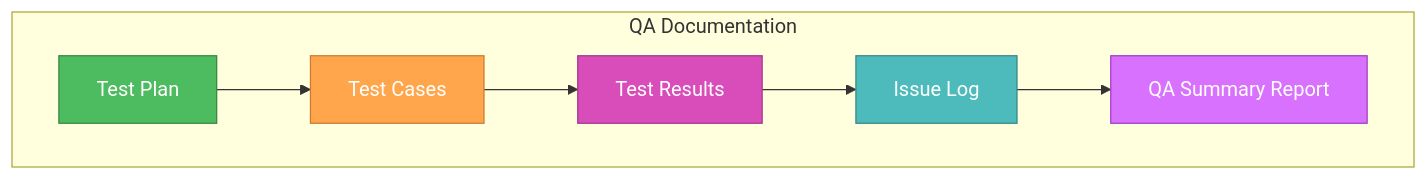
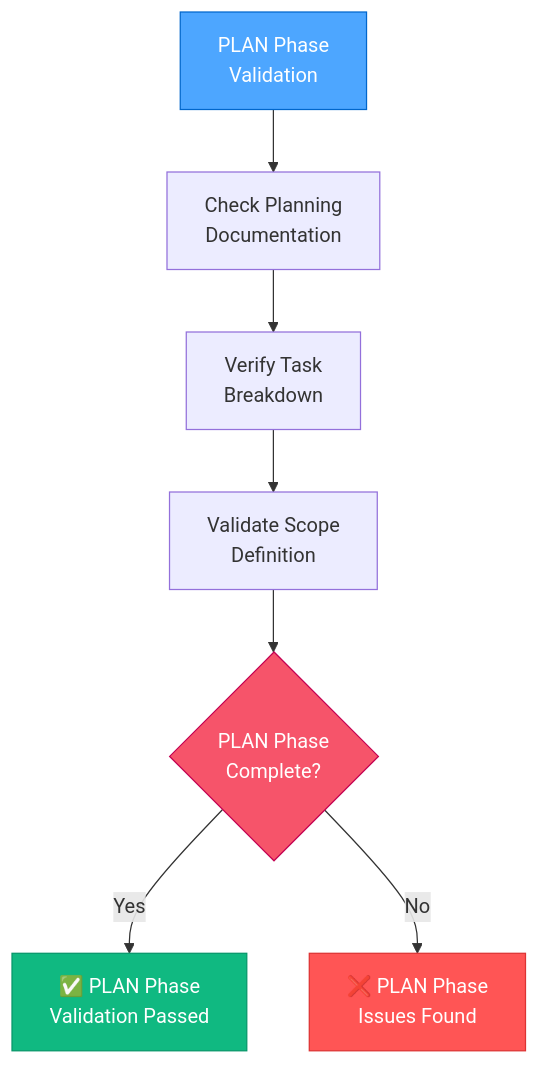
The seventh of 10 diagrams in .cursor/rules/isolation_rules/visual-maps/qa-mode-map.mdc (ubranch/shotgun), drawn with Mermaid before and after one commit. The commit also changed other lines of this file and 81 other files, not shown here.

````diff
--- a/.cursor/rules/isolation_rules/visual-maps/qa-mode-map.mdc
+++ b/.cursor/rules/isolation_rules/visual-maps/qa-mode-map.mdc
@@ -35,21 +177,15 @@
 ```mermaid
 graph TD
-    subgraph "QA Documentation"
-        Plan["Test Plan"]
-        Cases["Test Cases"]
-        Results["Test Results"]
-        Issues["Issue Log"]
-        Report["QA Summary Report"]
-    end
+    PLAN["PLAN Phase<br>Validation"] --> PlanCheck["Check Planning<br>Documentation"]
+    PlanCheck --> TaskBreakdown["Verify Task<br>Breakdown"]
+    TaskBreakdown --> ScopeCheck["Validate Scope<br>Definition"]
     
-    Plan --> Cases
-    Cases --> Results
-    Results --> Issues
-    Issues --> Report
+    ScopeCheck --> PLANConsistency{"PLAN Phase<br>Complete?"}
+    PLANConsistency -->|"Yes"| PassPLAN["✅ PLAN Phase<br>Validation Passed"]
+    PLANConsistency -->|"No"| FailPLAN["❌ PLAN Phase<br>Issues Found"]
     
-    style Plan fill:#4dbb5f,stroke:#36873f,color:white
-    style Cases fill:#ffa64d,stroke:#cc7a30,color:white
-    style Results fill:#d94dbb,stroke:#a3378a,color:white
-    style Issues fill:#4dbbbb,stroke:#368787,color:white
-    style Report fill:#d971ff,stroke:#a33bc2,color:white
+    style PLAN fill:#4da6ff,stroke:#0066cc,color:white
+    style PLANConsistency fill:#f6546a,stroke:#c30052,color:white
+    style PassPLAN fill:#10b981,stroke:#059669,color:white
+    style FailPLAN fill:#ff5555,stroke:#dd3333,color:white
 ```
````
